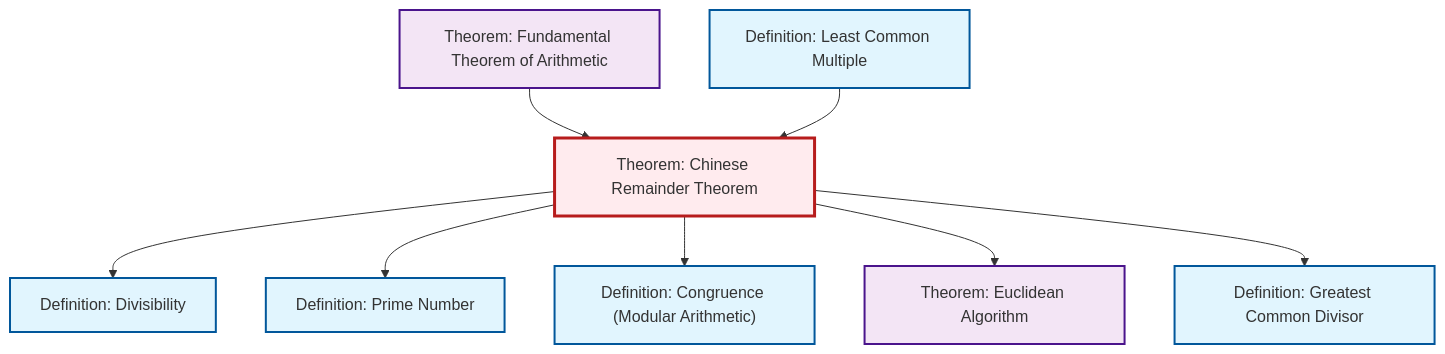
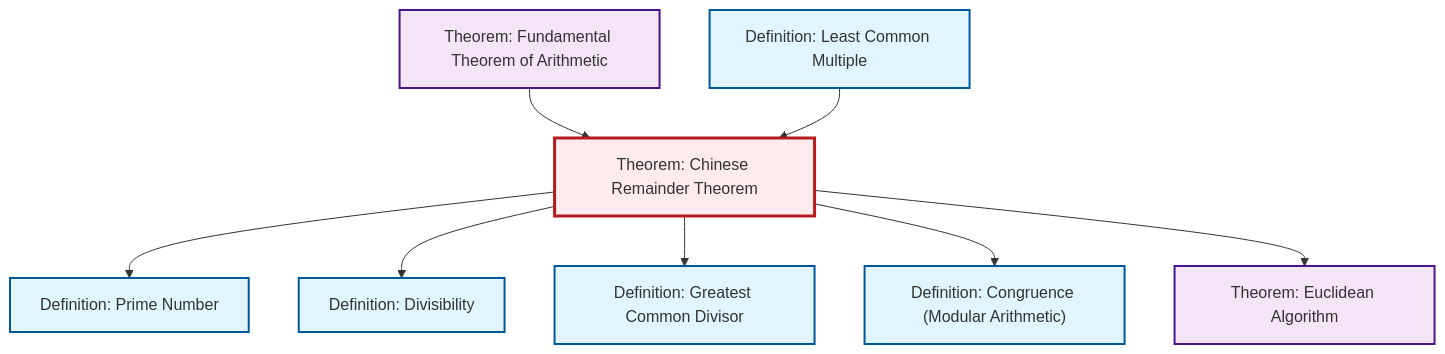
One commit to RK0429/ModernMath changed the diagram in content/en/number-theory/thm-chinese-remainder.qmd. Above: the diagram before and after it, drawn with Mermaid. The commit also changed other lines of this file and 1012 other files, not shown here.

````diff
--- a/content/en/number-theory/thm-chinese-remainder.qmd
+++ b/content/en/number-theory/thm-chinese-remainder.qmd
@@ -88,32 +88,32 @@
 ```{mermaid}
 %%| fig-cap: "Local dependency graph"
 graph TD
     classDef definition fill:#e1f5fe,stroke:#01579b,stroke-width:2px
     classDef theorem fill:#f3e5f5,stroke:#4a148c,stroke-width:2px
     classDef axiom fill:#fff3e0,stroke:#e65100,stroke-width:2px
     classDef example fill:#e8f5e9,stroke:#1b5e20,stroke-width:2px
     classDef current fill:#ffebee,stroke:#b71c1c,stroke-width:3px
+    def-gcd["Definition: Greatest Common Divisor"]:::definition
     def-congruence["Definition: Congruence (Modular Arithmetic)"]:::definition
+    thm-chinese-remainder["Theorem: Chinese Remainder Theorem"]:::theorem
+    def-lcm["Definition: Least Common Multiple"]:::definition
+    thm-fundamental-arithmetic["Theorem: Fundamental Theorem of Arithmetic"]:::theorem
     def-divisibility["Definition: Divisibility"]:::definition
-    thm-fundamental-arithmetic["Theorem: Fundamental Theorem of Arithmetic"]:::theorem
     thm-euclidean-algorithm["Theorem: Euclidean Algorithm"]:::theorem
-    thm-chinese-remainder["Theorem: Chinese Remainder Theorem"]:::theorem
-    def-gcd["Definition: Greatest Common Divisor"]:::definition
-    def-lcm["Definition: Least Common Multiple"]:::definition
     def-prime["Definition: Prime Number"]:::definition
+    thm-chinese-remainder --> def-prime
+    thm-chinese-remainder --> def-divisibility
+    thm-chinese-remainder --> def-gcd
     thm-fundamental-arithmetic --> thm-chinese-remainder
-    thm-chinese-remainder --> def-divisibility
     def-lcm --> thm-chinese-remainder
-    thm-chinese-remainder --> def-prime
     thm-chinese-remainder --> def-congruence
     thm-chinese-remainder --> thm-euclidean-algorithm
-    thm-chinese-remainder --> def-gcd
     class thm-chinese-remainder current
+    click def-gcd "def-gcd.html" "Go to Greatest Common Divisor definition"
     click def-congruence "def-congruence.html" "Go to Congruence (Modular Arithmetic) definition"
+    click def-lcm "def-lcm.html" "Go to Least Common Multiple definition"
+    click thm-fundamental-arithmetic "thm-fundamental-arithmetic.html" "Go to Fundamental Theorem of Arithmetic theorem"
     click def-divisibility "def-divisibility.html" "Go to Divisibility definition"
-    click thm-fundamental-arithmetic "thm-fundamental-arithmetic.html" "Go to Fundamental Theorem of Arithmetic theorem"
     click thm-euclidean-algorithm "thm-euclidean-algorithm.html" "Go to Euclidean Algorithm theorem"
-    click def-gcd "def-gcd.html" "Go to Greatest Common Divisor definition"
-    click def-lcm "def-lcm.html" "Go to Least Common Multiple definition"
     click def-prime "def-prime.html" "Go to Prime Number definition"
 ```
````
